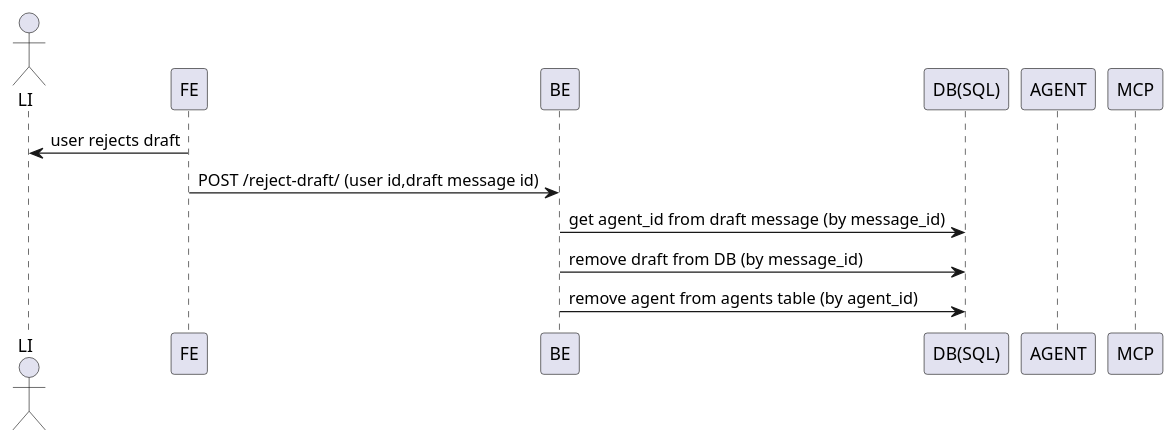
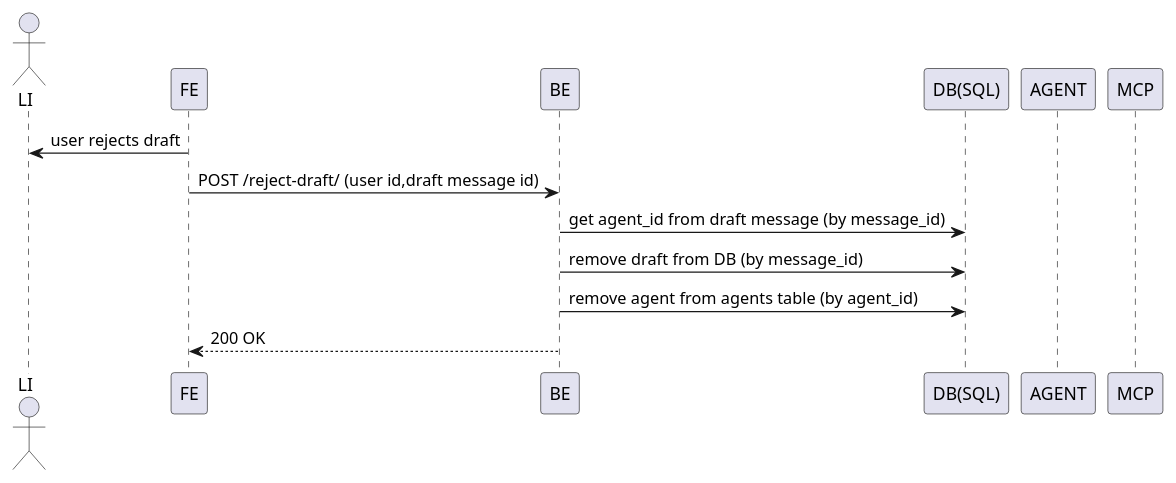
Before and after one commit to Itempass/mcphackathon-linkedin-intern: the diagram in UML_diagrams/reject_draft_sequence_diagram.puml, drawn with PlantUML. The commit also changed 4 other files, not shown here.

```diff
--- a/UML_diagrams/reject_draft_sequence_diagram.puml
+++ b/UML_diagrams/reject_draft_sequence_diagram.puml
@@ -1,14 +1,15 @@
 @startuml
 actor LI
 participant FE
 participant BE
 participant DB as "DB(SQL)"
 participant AGENT
 participant MCP
 
 LI <- FE: user rejects draft
 FE -> BE: POST /reject-draft/ (user id,draft message id)
 BE -> DB: get agent_id from draft message (by message_id)
 BE -> DB: remove draft from DB (by message_id)
 BE -> DB: remove agent from agents table (by agent_id)
+BE --> FE: 200 OK
 @enduml
```
